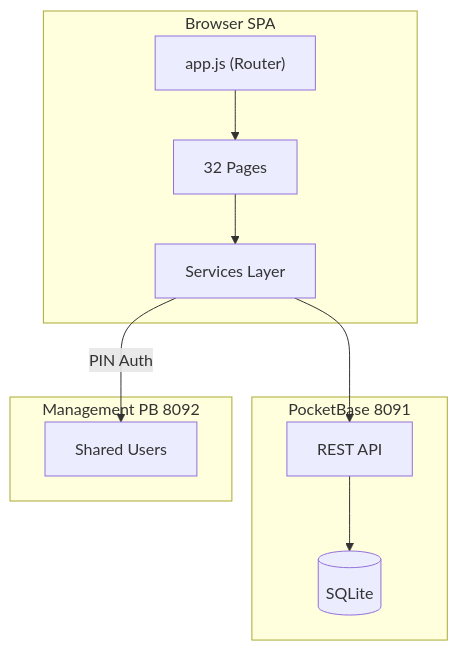
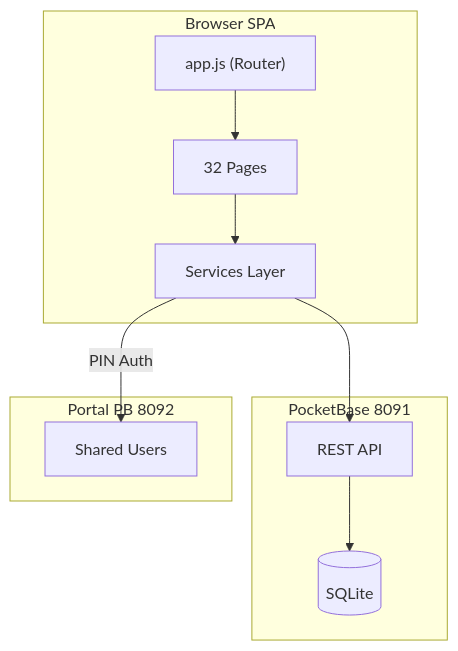
One commit to chandet6633/BC_erp changed the diagram in MungkhudShop/mungkhudshop_docs.md. Above: the diagram before and after it, drawn with Mermaid. The commit also changed other lines of this file and 451 other files, not shown here.

Commit message:
feat(portal): migrate management to portal, update e2e specs and domain services

````diff
--- a/MungkhudShop/mungkhudshop_docs.md
+++ b/MungkhudShop/mungkhudshop_docs.md
@@ -33,21 +33,21 @@
 ```mermaid
 graph TB
     subgraph "Browser SPA"
         Router["app.js (Router)"]
         Pages["32 Pages"]
         Services["Services Layer"]
     end
     
     subgraph "PocketBase 8091"
         API["REST API"]
         DB[("SQLite")]
     end
     
-    subgraph "Management PB 8092"
+    subgraph "Portal PB 8092"
         MAPI["Shared Users"]
     end
     
     Router --> Pages --> Services
     Services --> API --> DB
     Services -- "PIN Auth" --> MAPI
 ```
````
